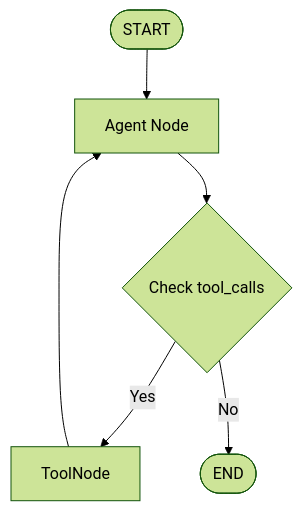
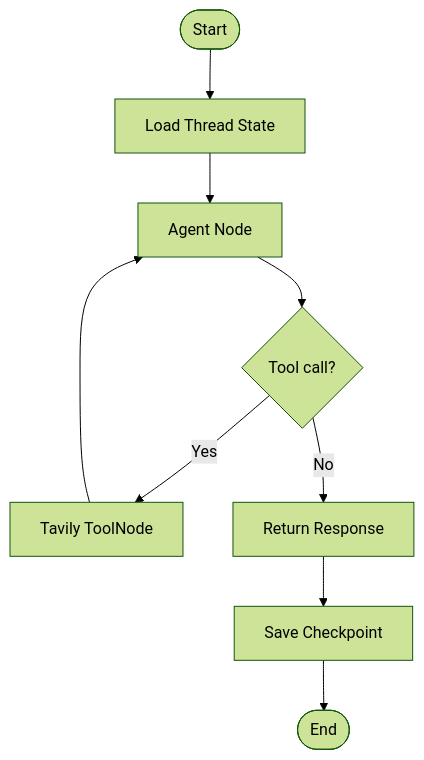
One commit to PRINCE-TIWARI07/LLM-Langchain-LangGraph-WebSearchTool- changed the third of 3 diagrams in README.md. Above: the diagram before and after it, drawn with Mermaid (forest theme). The commit also changed other lines of this file and 1 other file, not shown here.

````diff
--- a/README.md
+++ b/README.md
@@ -48,8 +152,11 @@
 ```mermaid
 flowchart TD
-    START([START]) --> AGENT["Agent Node"]
-    AGENT --> CHECK{"Check tool_calls"}
-    CHECK -->|Yes| TOOLS["ToolNode"]
-    TOOLS --> AGENT
-    CHECK -->|No| END([END])
+    A([Start]) --> B[Load Thread State]
+    B --> C[Agent Node]
+    C --> D{Tool call?}
+    D -->|Yes| E[Tavily ToolNode]
+    E --> C
+    D -->|No| F[Return Response]
+    F --> G[Save Checkpoint]
+    G --> H([End])
 ```
````
